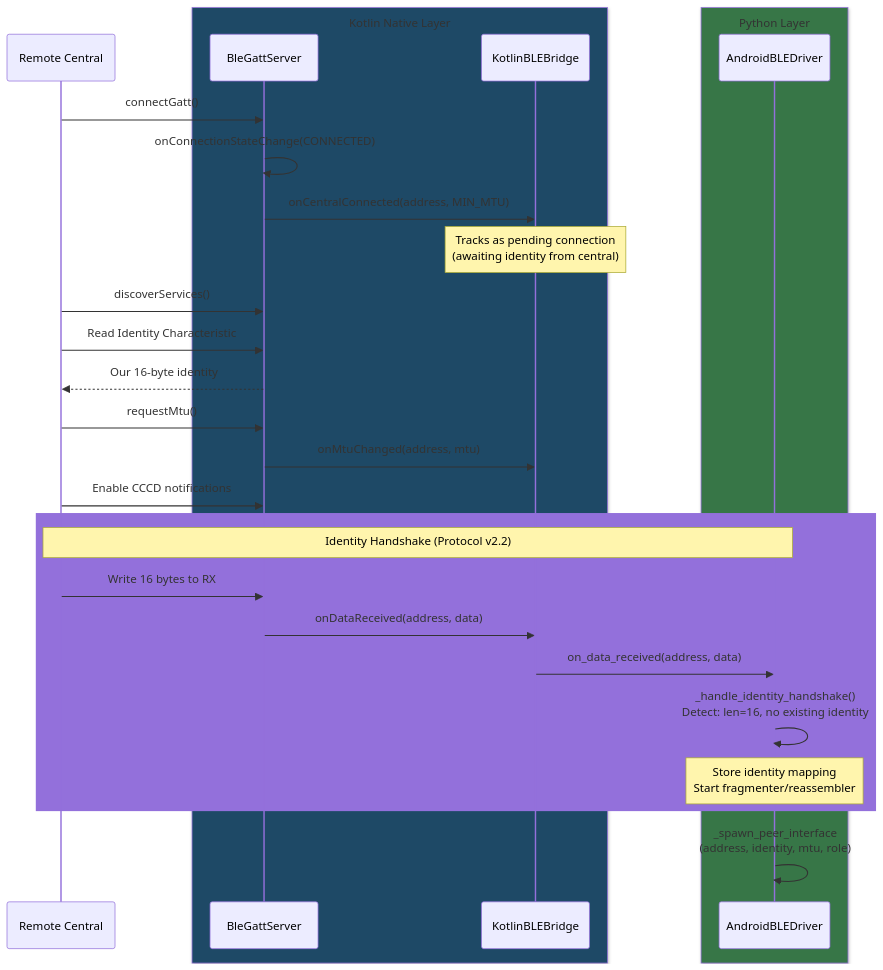
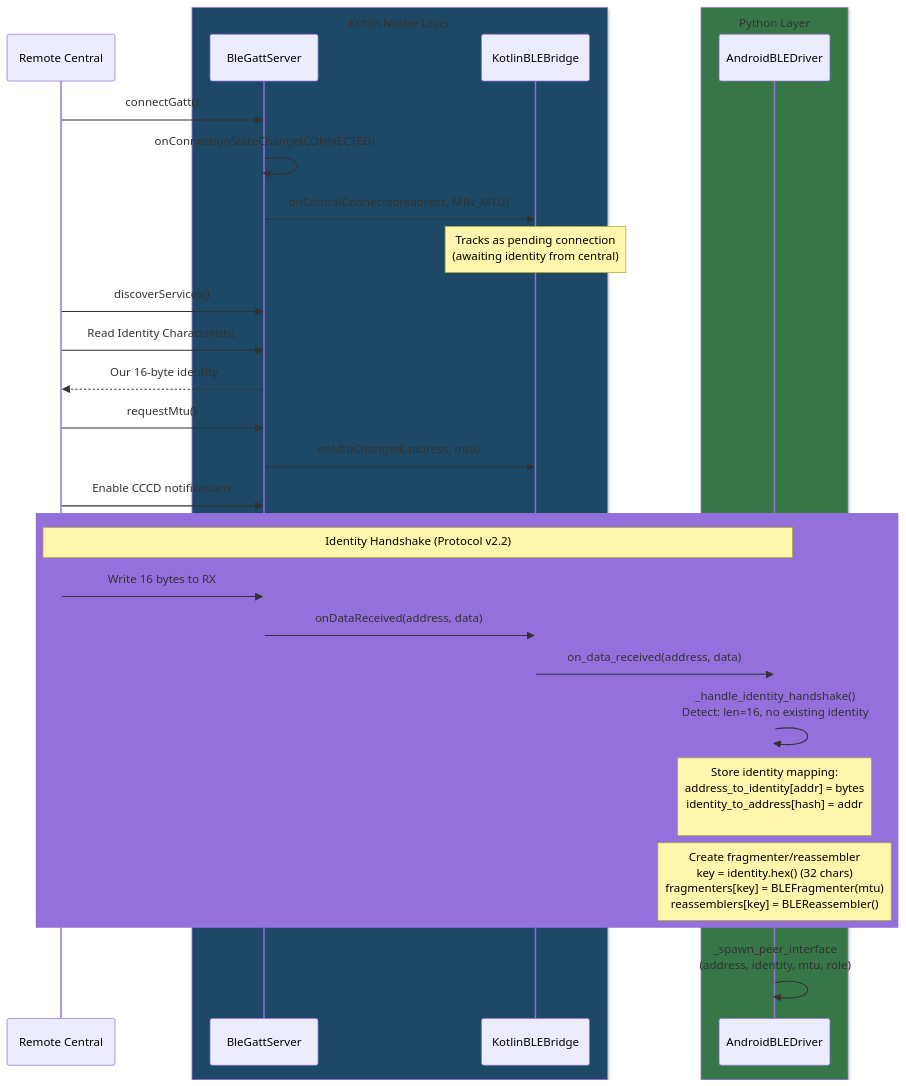
One commit to torlando-tech/columba changed the fourth of 14 diagrams in docs/ble-architecture.md. Above: the diagram before and after it, drawn with Mermaid.

Commit message:
docs: expand peripheral identity handshake notes with implementation details
- Show fragmenter key derivation: key = identity.hex() (32 chars)
- Clarify identity mapping storage details
- Split into separate notes for readability

````diff
--- a/docs/ble-architecture.md
+++ b/docs/ble-architecture.md
@@ -171,36 +171,37 @@
 ```mermaid
 sequenceDiagram
     participant Central as Remote Central
     box rgb(30, 73, 102) Kotlin Native Layer
     participant Server as BleGattServer
     participant Bridge as KotlinBLEBridge
     end
     box rgb(55, 118, 71) Python Layer
     participant Python as AndroidBLEDriver
     end
 
     Central->>Server: connectGatt()
     Server->>Server: onConnectionStateChange(CONNECTED)
     Server->>Bridge: onCentralConnected(address, MIN_MTU)
     Note over Bridge: Tracks as pending connection<br/>(awaiting identity from central)
 
     Central->>Server: discoverServices()
     Central->>Server: Read Identity Characteristic
     Server-->>Central: Our 16-byte identity
 
     Central->>Server: requestMtu()
     Server->>Bridge: onMtuChanged(address, mtu)
 
     Central->>Server: Enable CCCD notifications
 
     rect rgb(147, 112, 219)
         Note over Central,Python: Identity Handshake (Protocol v2.2)
         Central->>Server: Write 16 bytes to RX
         Server->>Bridge: onDataReceived(address, data)
         Bridge->>Python: on_data_received(address, data)
         Python->>Python: _handle_identity_handshake()<br/>Detect: len=16, no existing identity
-        Note over Python: Store identity mapping<br/>Start fragmenter/reassembler
+        Note over Python: Store identity mapping:<br/>address_to_identity[addr] = bytes<br/>identity_to_address[hash] = addr<br/>
+        Note over Python: Create fragmenter/reassembler<br/>key = identity.hex() (32 chars)<br/>fragmenters[key] = BLEFragmenter(mtu)<br/>reassemblers[key] = BLEReassembler()
     end
 
     Python->>Python: _spawn_peer_interface<br/>(address, identity, mtu, role)
 ```
````
